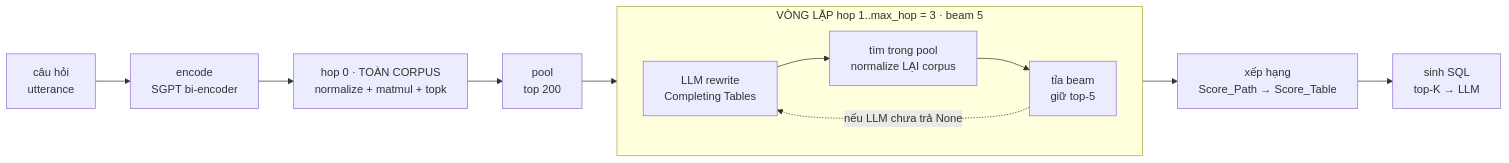
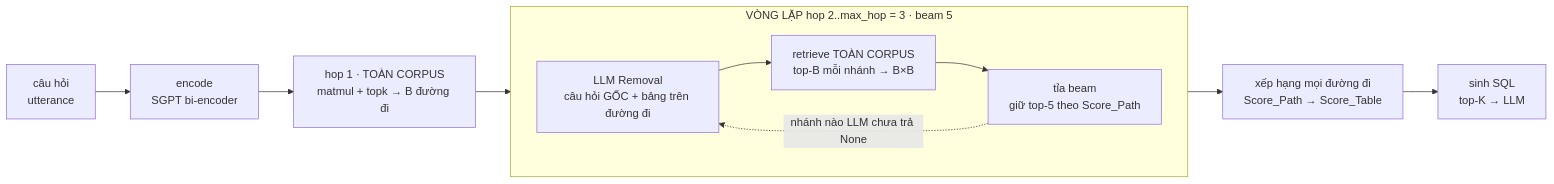
Before and after one commit to khanhhuypham/Murre: the second of 5 diagrams in KIEN_TRUC.md, drawn with Mermaid. The commit also changed other lines of this file and 11 other files, not shown here.

````diff
--- a/KIEN_TRUC.md
+++ b/KIEN_TRUC.md
@@ -116,17 +116,16 @@
 ```mermaid
 flowchart LR
     Q["câu hỏi<br/>utterance"] --> E["encode<br/>SGPT bi-encoder"]
-    E --> H0["hop 0 · TOÀN CORPUS<br/>normalize + matmul + topk"]
-    H0 --> P["pool<br/>top 200"]
-    P --> L1
+    E --> H0["hop 1 · TOÀN CORPUS<br/>matmul + topk → B đường đi"]
+    H0 --> L1
 
-    subgraph LOOP["VÒNG LẶP hop 1..max_hop = 3 · beam 5"]
+    subgraph LOOP["VÒNG LẶP hop 2..max_hop = 3 · beam 5"]
         direction LR
-        L1["LLM rewrite<br/>Completing Tables"] --> L2["tìm trong pool<br/>normalize LẠI corpus"]
-        L2 --> L3["tỉa beam<br/>giữ top-5"]
-        L3 -.->|"nếu LLM chưa trả None"| L1
+        L1["LLM Removal<br/>câu hỏi GỐC + bảng trên đường đi"] --> L2["retrieve TOÀN CORPUS<br/>top-B mỗi nhánh → B×B"]
+        L2 --> L3["tỉa beam<br/>giữ top-5 theo Score_Path"]
+        L3 -.->|"nhánh nào LLM chưa trả None"| L1
     end
 
-    L3 --> RANK["xếp hạng<br/>Score_Path → Score_Table"]
+    L3 --> RANK["xếp hạng mọi đường đi<br/>Score_Path → Score_Table"]
     RANK --> SQL["sinh SQL<br/>top-K → LLM"]
 ```
````
